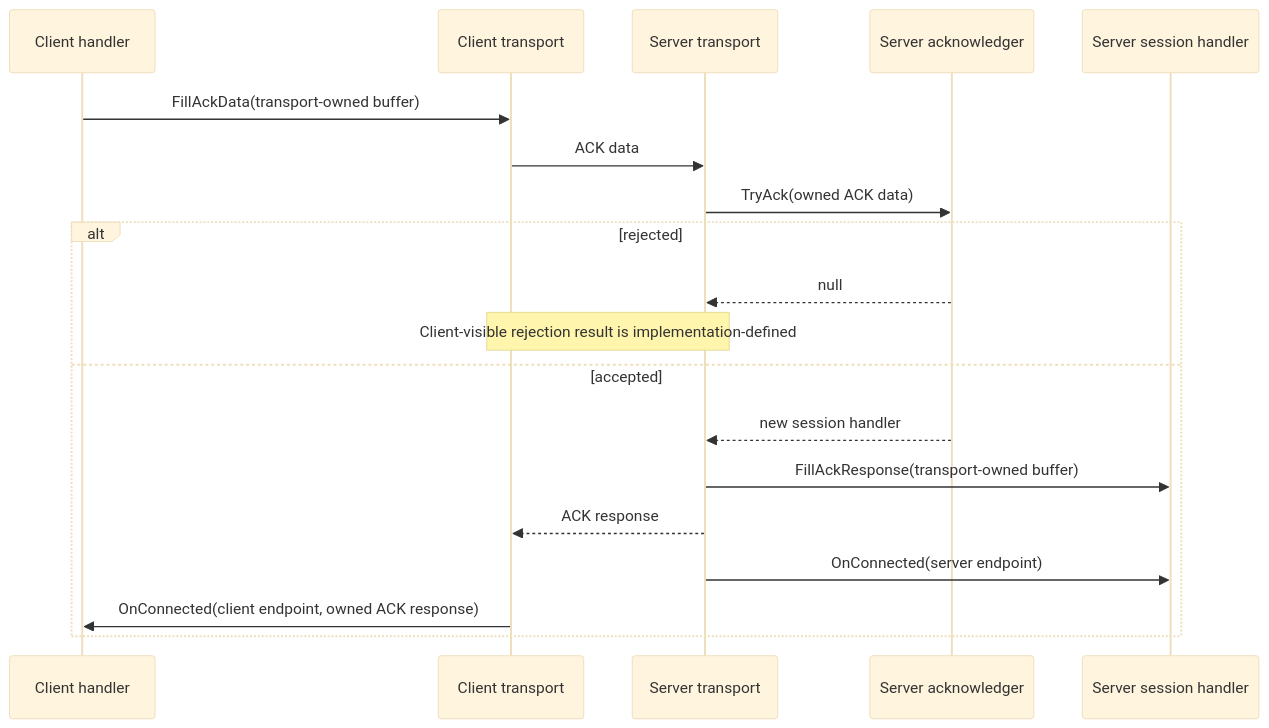
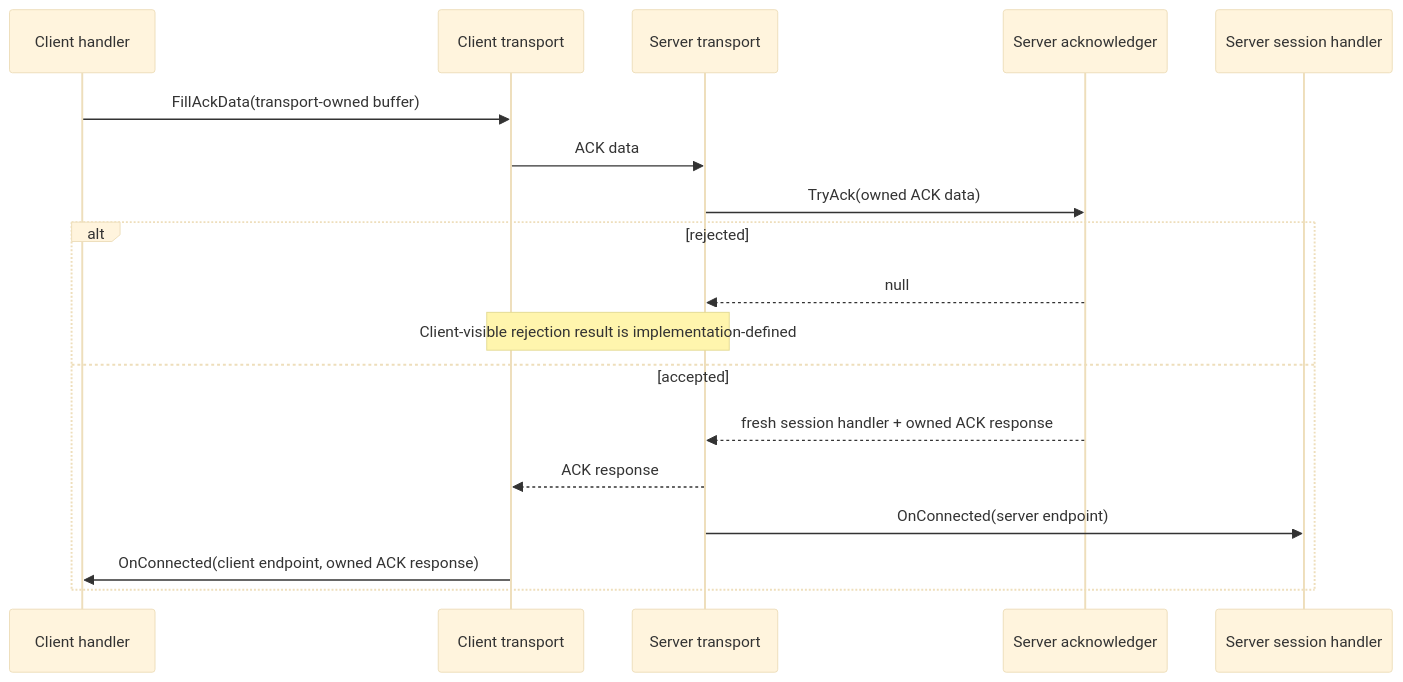
The second of 3 diagrams in Pontifex/Abstractions/Transports/Raw/Reliable/Ack/Specification.md (FyodorZh/Pontifex), drawn with Mermaid (base theme) before and after one commit. The commit also changed other lines of this file and 12 other files, not shown here.

Commit message:
Adopt acknowledger-owned ACK responses (stage 1)

````diff
--- a/Pontifex/Abstractions/Transports/Raw/Reliable/Ack/Specification.md
+++ b/Pontifex/Abstractions/Transports/Raw/Reliable/Ack/Specification.md
@@ -300,22 +300,21 @@
 ```mermaid
 sequenceDiagram
     participant C as Client handler
     participant CT as Client transport
     participant ST as Server transport
     participant A as Server acknowledger
     participant S as Server session handler
 
     C->>CT: FillAckData(transport-owned buffer)
     CT->>ST: ACK data
     ST->>A: TryAck(owned ACK data)
     alt rejected
         A-->>ST: null
         Note over ST,CT: Client-visible rejection result is implementation-defined
     else accepted
-        A-->>ST: new session handler
-        ST->>S: FillAckResponse(transport-owned buffer)
+        A-->>ST: fresh session handler + owned ACK response
         ST-->>CT: ACK response
         ST->>S: OnConnected(server endpoint)
         CT->>C: OnConnected(client endpoint, owned ACK response)
     end
 ```
````
